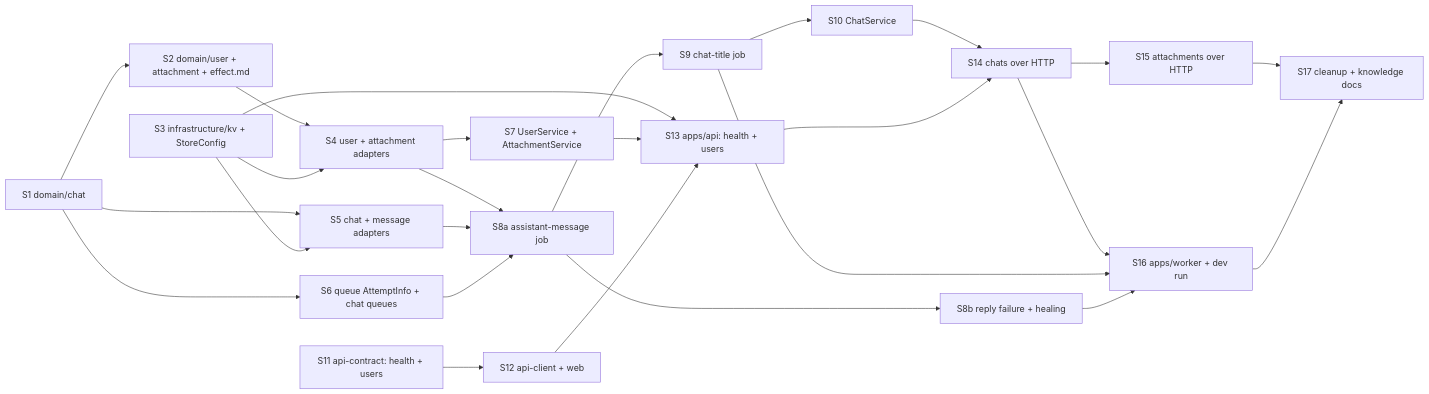
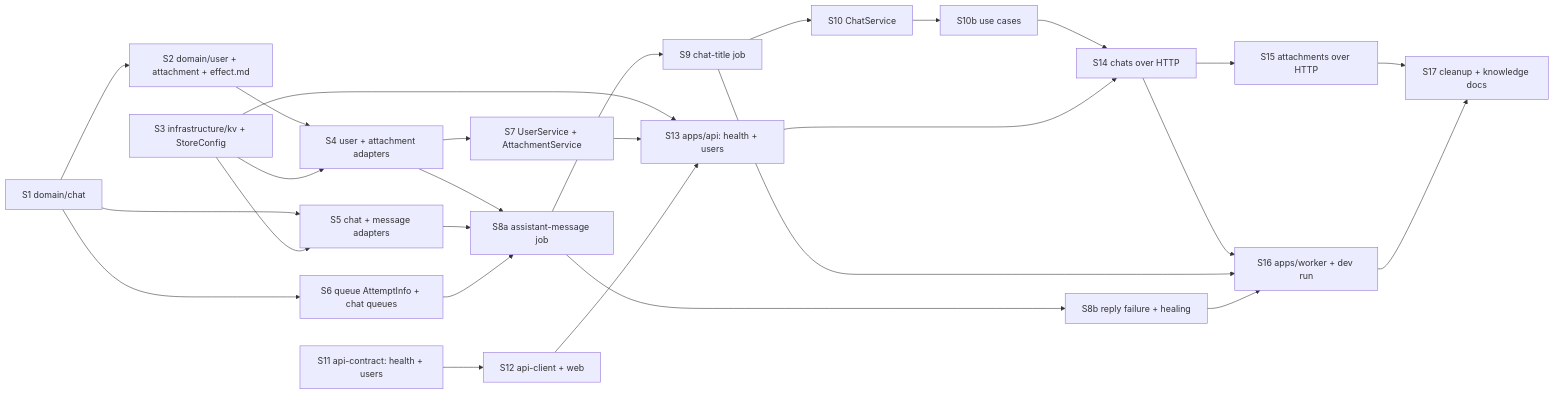
Before and after one commit to khotei/app-template: the diagram in docs/tickets/2026-10-17_chat-core/plan.md, drawn with Mermaid. The commit also changed other lines of this file and 45 other files, not shown here.

````diff
--- a/docs/tickets/2026-10-17_chat-core/plan.md
+++ b/docs/tickets/2026-10-17_chat-core/plan.md
@@ -32,29 +32,30 @@
 ```mermaid
 graph LR
   S1[S1 domain/chat] --> S2[S2 domain/user + attachment + effect.md]
   S3[S3 infrastructure/kv + StoreConfig]
   S2 --> S4[S4 user + attachment adapters]
   S3 --> S4
   S1 --> S5[S5 chat + message adapters]
   S3 --> S5
   S1 --> S6[S6 queue AttemptInfo + chat queues]
   S4 --> S7[S7 UserService + AttachmentService]
   S4 --> S8a[S8a assistant-message job]
   S5 --> S8a
   S6 --> S8a
   S8a --> S8b[S8b reply failure + healing]
   S8a --> S9[S9 chat-title job]
   S9 --> S10[S10 ChatService]
   S11[S11 api-contract: health + users] --> S12[S12 api-client + web]
   S3 --> S13[S13 apps/api: health + users]
   S7 --> S13
   S12 --> S13
-  S10 --> S14[S14 chats over HTTP]
+  S10 --> S10b[S10b use cases]
+  S10b --> S14[S14 chats over HTTP]
   S13 --> S14
   S14 --> S15[S15 attachments over HTTP]
   S14 --> S16[S16 apps/worker + dev run]
   S9 --> S16
   S8b --> S16
   S15 --> S17[S17 cleanup + knowledge docs]
   S16 --> S17
 ```
````
